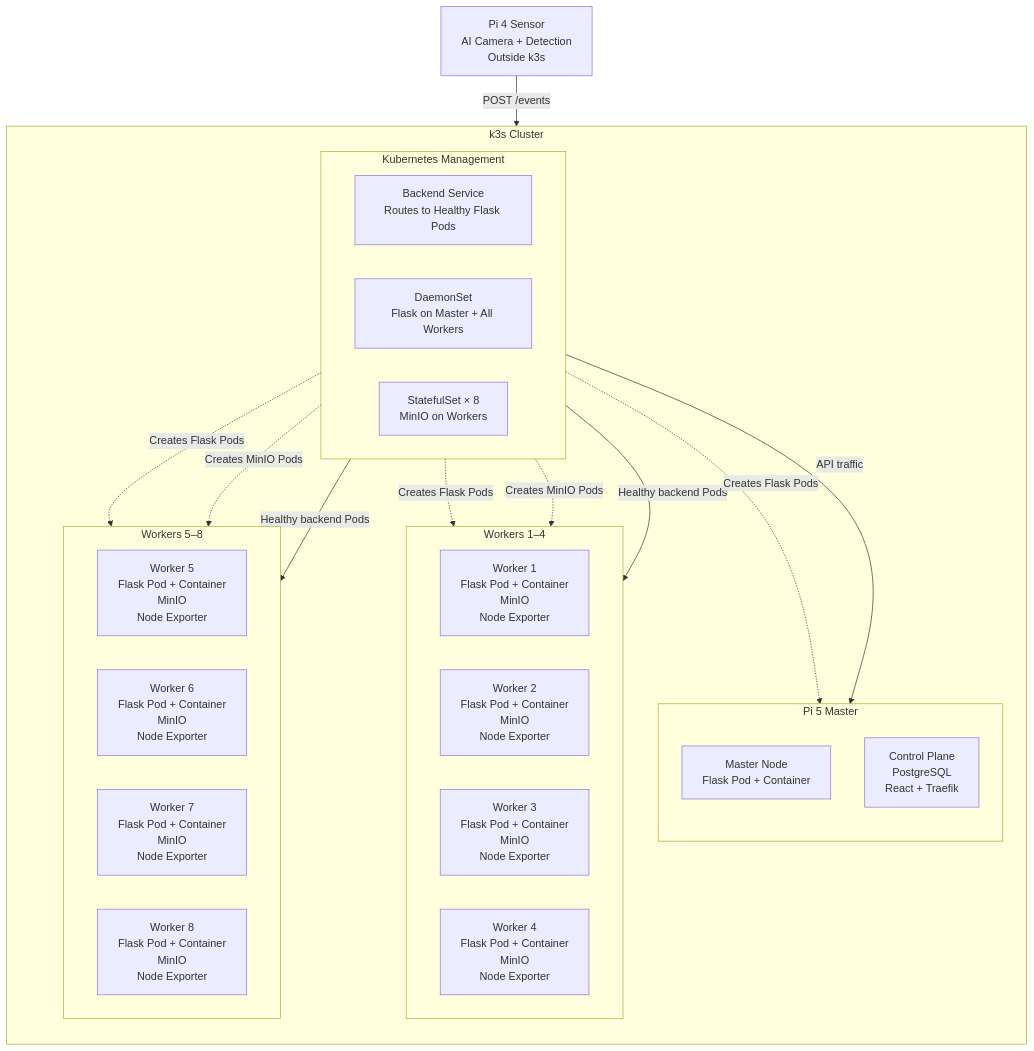
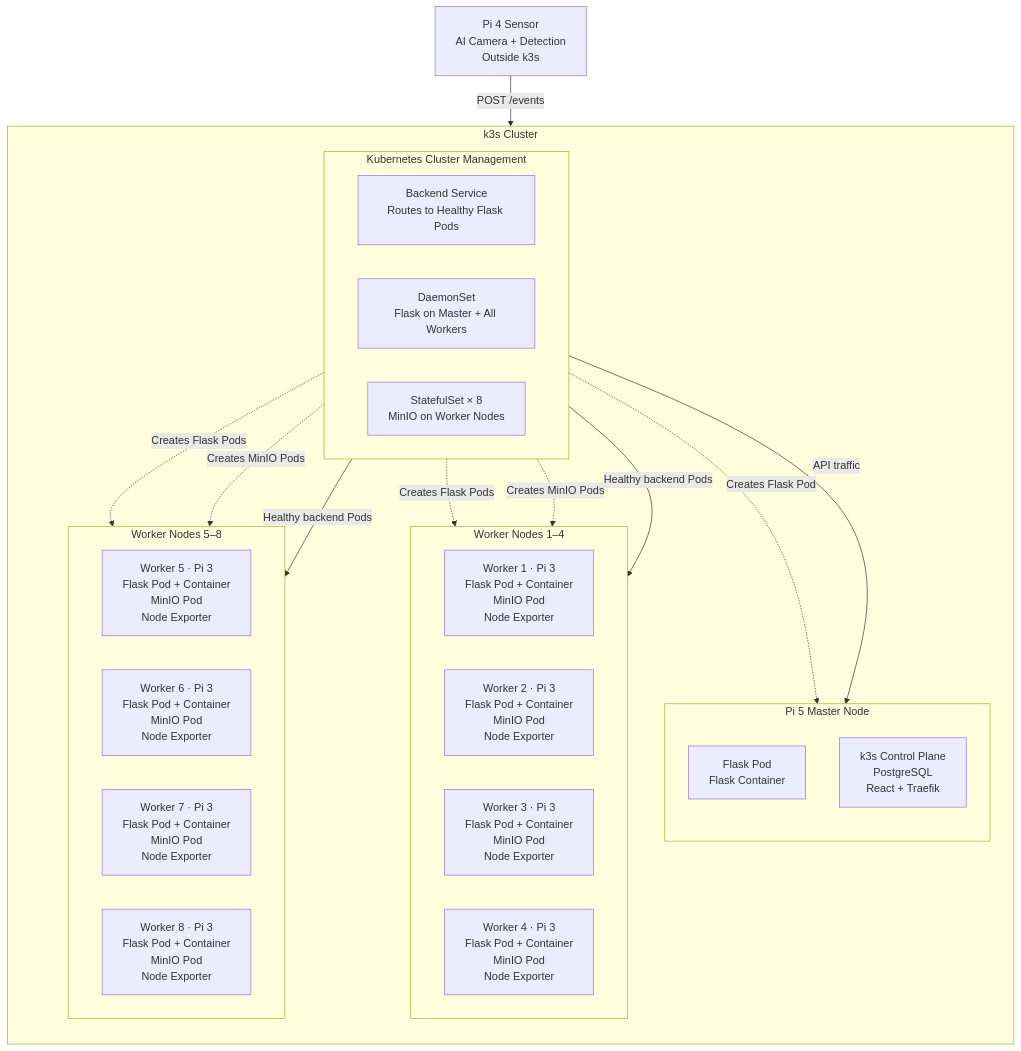
One commit to azazmuzaffar/Newlauncher-5.0 changed the fifth of 6 diagrams in task7-backend-documentation.md. Above: the diagram before and after it, drawn with Mermaid. The commit also changed other lines of this file, not shown here.

````diff
--- a/task7-backend-documentation.md
+++ b/task7-backend-documentation.md
@@ -343,48 +342,48 @@
 ```mermaid
 flowchart TB
     S["Pi 4 Sensor<br/>AI Camera + Detection<br/>Outside k3s"] -->|"POST /events"| KS
 
     subgraph K["k3s Cluster"]
         direction TB
 
-        subgraph KM["Kubernetes Management"]
+        subgraph KM["Kubernetes Cluster Management"]
             direction LR
             DS["DaemonSet<br/>Flask on Master + All Workers"]
-            SS["StatefulSet × 8<br/>MinIO on Workers"]
+            SS["StatefulSet × 8<br/>MinIO on Worker Nodes"]
             KS["Backend Service<br/>Routes to Healthy Flask Pods"]
         end
 
-        subgraph MASTER["Pi 5 Master"]
+        subgraph MASTER["Pi 5 Master Node"]
             direction TB
-            MP["Master Node<br/>Flask Pod + Container"]
-            MO["Control Plane<br/>PostgreSQL<br/>React + Traefik"]
+            MP["Flask Pod<br/>Flask Container"]
+            MS["k3s Control Plane<br/>PostgreSQL<br/>React + Traefik"]
         end
 
-        subgraph R1["Workers 1–4"]
+        subgraph R1["Worker Nodes 1–4"]
             direction LR
-            W1["Worker 1<br/>Flask Pod + Container<br/>MinIO<br/>Node Exporter"]
-            W2["Worker 2<br/>Flask Pod + Container<br/>MinIO<br/>Node Exporter"]
-            W3["Worker 3<br/>Flask Pod + Container<br/>MinIO<br/>Node Exporter"]
-            W4["Worker 4<br/>Flask Pod + Container<br/>MinIO<br/>Node Exporter"]
+            W1["Worker 1 · Pi 3<br/>Flask Pod + Container<br/>MinIO Pod<br/>Node Exporter"]
+            W2["Worker 2 · Pi 3<br/>Flask Pod + Container<br/>MinIO Pod<br/>Node Exporter"]
+            W3["Worker 3 · Pi 3<br/>Flask Pod + Container<br/>MinIO Pod<br/>Node Exporter"]
+            W4["Worker 4 · Pi 3<br/>Flask Pod + Container<br/>MinIO Pod<br/>Node Exporter"]
         end
 
-        subgraph R2["Workers 5–8"]
+        subgraph R2["Worker Nodes 5–8"]
             direction LR
-            W5["Worker 5<br/>Flask Pod + Container<br/>MinIO<br/>Node Exporter"]
-            W6["Worker 6<br/>Flask Pod + Container<br/>MinIO<br/>Node Exporter"]
-            W7["Worker 7<br/>Flask Pod + Container<br/>MinIO<br/>Node Exporter"]
-            W8["Worker 8<br/>Flask Pod + Container<br/>MinIO<br/>Node Exporter"]
+            W5["Worker 5 · Pi 3<br/>Flask Pod + Container<br/>MinIO Pod<br/>Node Exporter"]
+            W6["Worker 6 · Pi 3<br/>Flask Pod + Container<br/>MinIO Pod<br/>Node Exporter"]
+            W7["Worker 7 · Pi 3<br/>Flask Pod + Container<br/>MinIO Pod<br/>Node Exporter"]
+            W8["Worker 8 · Pi 3<br/>Flask Pod + Container<br/>MinIO Pod<br/>Node Exporter"]
         end
 
-        DS -.->|"Creates Flask Pods"| MP
+        DS -.->|"Creates Flask Pod"| MP
         DS -.->|"Creates Flask Pods"| R1
         DS -.->|"Creates Flask Pods"| R2
 
         SS -.->|"Creates MinIO Pods"| R1
         SS -.->|"Creates MinIO Pods"| R2
 
         KS -->|"API traffic"| MP
         KS -->|"Healthy backend Pods"| R1
         KS -->|"Healthy backend Pods"| R2
     end
 ```
````
